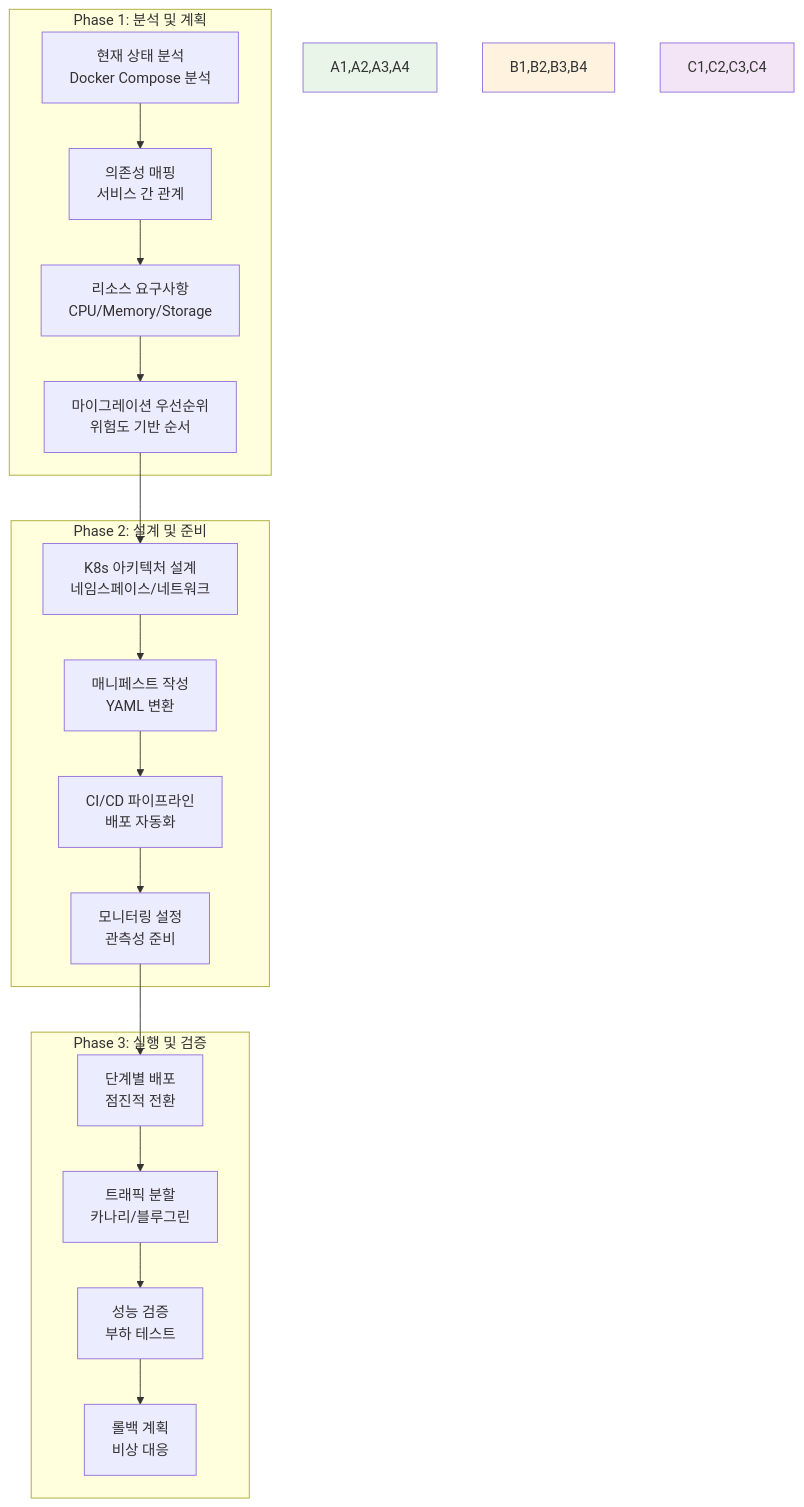
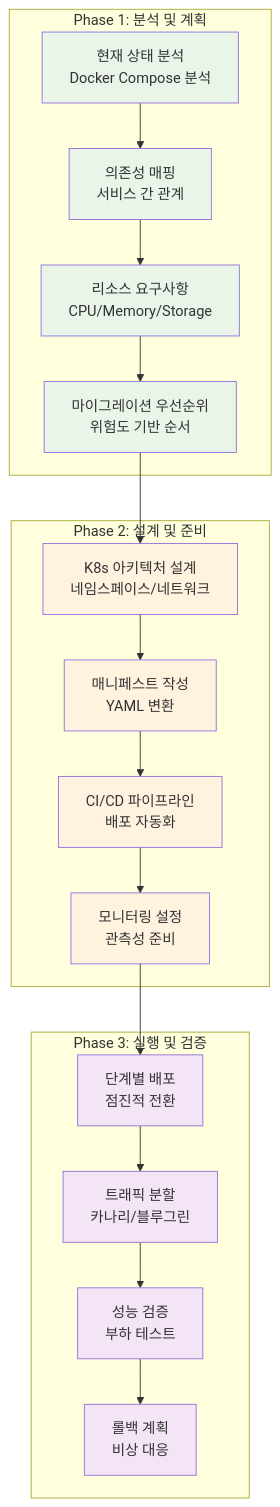
The second of 3 diagrams in theory/week_02/day4/session_3.md (niceguy61/kdt_devops_lecture_2025), drawn with Mermaid before and after one commit. The commit also changed other lines of this file and 63 other files, not shown here.

````diff
--- a/theory/week_02/day4/session_3.md
+++ b/theory/week_02/day4/session_3.md
@@ -53,31 +53,40 @@
 ```mermaid
 graph TB
     subgraph "Phase 1: 분석 및 계획"
         A1[현재 상태 분석<br/>Docker Compose 분석]
         A2[의존성 매핑<br/>서비스 간 관계]
         A3[리소스 요구사항<br/>CPU/Memory/Storage]
         A4[마이그레이션 우선순위<br/>위험도 기반 순서]
     end
     
     subgraph "Phase 2: 설계 및 준비"
         B1[K8s 아키텍처 설계<br/>네임스페이스/네트워크]
         B2[매니페스트 작성<br/>YAML 변환]
         B3[CI/CD 파이프라인<br/>배포 자동화]
         B4[모니터링 설정<br/>관측성 준비]
     end
     
     subgraph "Phase 3: 실행 및 검증"
         C1[단계별 배포<br/>점진적 전환]
         C2[트래픽 분할<br/>카나리/블루그린]
         C3[성능 검증<br/>부하 테스트]
         C4[롤백 계획<br/>비상 대응]
     end
     
     A1 --> A2 --> A3 --> A4
     A4 --> B1 --> B2 --> B3 --> B4
     B4 --> C1 --> C2 --> C3 --> C4
     
-    style A1,A2,A3,A4 fill:#e8f5e8
-    style B1,B2,B3,B4 fill:#fff3e0
-    style C1,C2,C3,C4 fill:#f3e5f5
+    style A1 fill:#e8f5e8
+    style A2 fill:#e8f5e8
+    style A3 fill:#e8f5e8
+    style A4 fill:#e8f5e8
+    style B1 fill:#fff3e0
+    style B2 fill:#fff3e0
+    style B3 fill:#fff3e0
+    style B4 fill:#fff3e0
+    style C1 fill:#f3e5f5
+    style C2 fill:#f3e5f5
+    style C3 fill:#f3e5f5
+    style C4 fill:#f3e5f5
 ```
````
